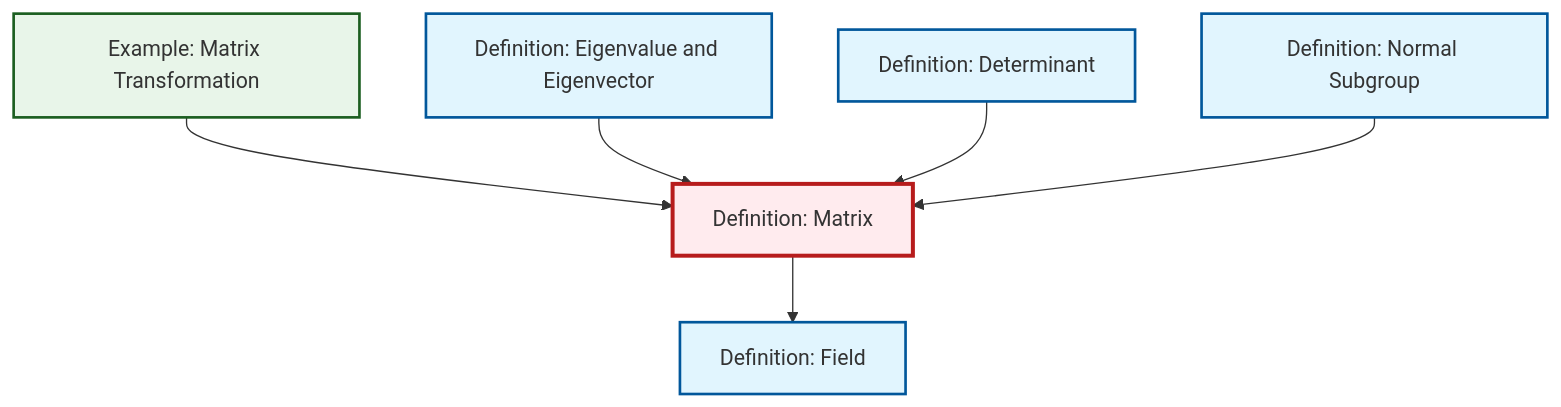
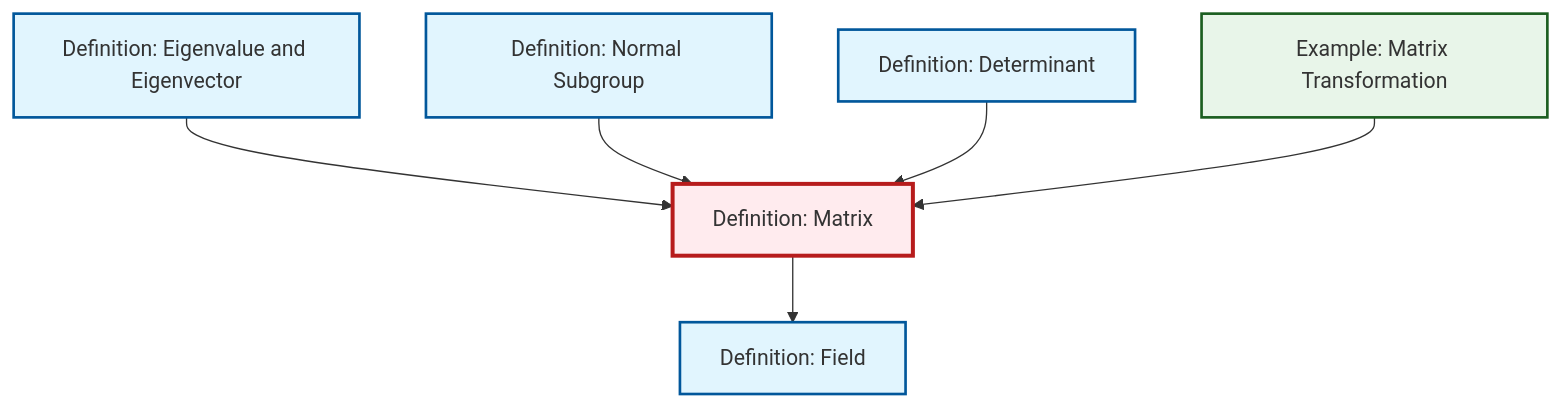
Before and after one commit to RK0429/ModernMath: the diagram in content/ja/algebra/def-matrix.qmd, drawn with Mermaid. The commit also changed other lines of this file and 581 other files, not shown here.

````diff
--- a/content/ja/algebra/def-matrix.qmd
+++ b/content/ja/algebra/def-matrix.qmd
@@ -60,26 +60,26 @@
 ```{mermaid}
 %%| fig-cap: "Local dependency graph"
 graph TD
     classDef definition fill:#e1f5fe,stroke:#01579b,stroke-width:2px
     classDef theorem fill:#f3e5f5,stroke:#4a148c,stroke-width:2px
     classDef axiom fill:#fff3e0,stroke:#e65100,stroke-width:2px
     classDef example fill:#e8f5e9,stroke:#1b5e20,stroke-width:2px
     classDef current fill:#ffebee,stroke:#b71c1c,stroke-width:3px
-    def-field["Definition: Field"]:::definition
     def-matrix["Definition: Matrix"]:::definition
-    def-normal-subgroup["Definition: Normal Subgroup"]:::definition
     ex-matrix-transformation["Example: Matrix Transformation"]:::example
     def-determinant["Definition: Determinant"]:::definition
     def-eigenvalue-eigenvector["Definition: Eigenvalue and Eigenvector"]:::definition
+    def-normal-subgroup["Definition: Normal Subgroup"]:::definition
+    def-field["Definition: Field"]:::definition
+    def-eigenvalue-eigenvector --> def-matrix
+    def-normal-subgroup --> def-matrix
     def-matrix --> def-field
+    def-determinant --> def-matrix
     ex-matrix-transformation --> def-matrix
-    def-eigenvalue-eigenvector --> def-matrix
-    def-determinant --> def-matrix
-    def-normal-subgroup --> def-matrix
     class def-matrix current
-    click def-field "def-field.html" "Definition: Fieldへ"
-    click def-normal-subgroup "def-normal-subgroup.html" "Definition: Normal Subgroupへ"
     click ex-matrix-transformation "ex-matrix-transformation.html" "Example: Matrix Transformationへ"
     click def-determinant "def-determinant.html" "Definition: Determinantへ"
     click def-eigenvalue-eigenvector "def-eigenvalue-eigenvector.html" "Definition: Eigenvalue and Eigenvectorへ"
+    click def-normal-subgroup "def-normal-subgroup.html" "Definition: Normal Subgroupへ"
+    click def-field "def-field.html" "Definition: Fieldへ"
 ```
````
